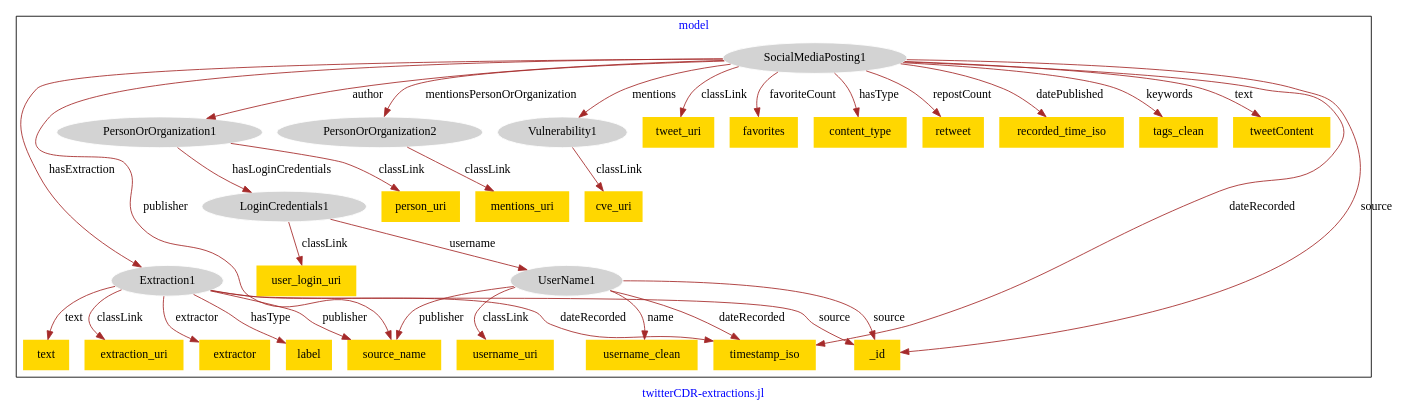
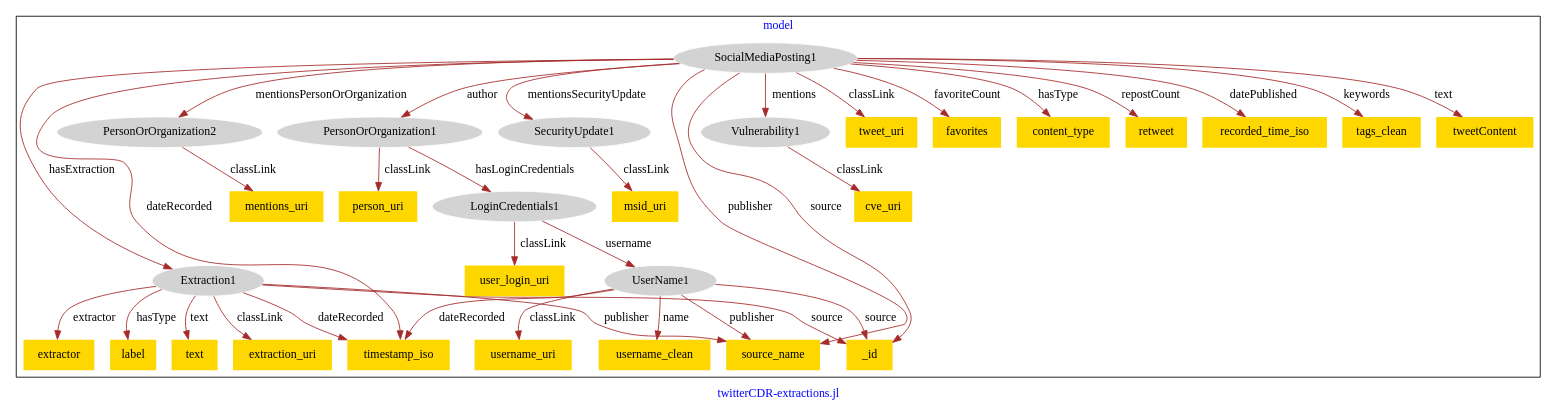
The diagram in models/asu-twitter/twitter-model.dot (usc-isi-i2/effect-alignment), drawn with Graphviz before and after one commit.

Commit message:
Update file twitter-model.dot

```diff
--- a/models/asu-twitter/twitter-model.dot
+++ b/models/asu-twitter/twitter-model.dot
@@ -1,67 +1,71 @@
 digraph n0 {
 fontcolor="blue"
 remincross="true"
 label="twitterCDR-extractions.jl"
 subgraph cluster {
 label="model"
 n2[style="filled",color="white",fillcolor="lightgray",label="Extraction1"];
 n3[shape="plaintext",style="filled",fillcolor="gold",label="extraction_uri"];
 n4[shape="plaintext",style="filled",fillcolor="gold",label="extractor"];
 n5[shape="plaintext",style="filled",fillcolor="gold",label="label"];
-n6[shape="plaintext",style="filled",fillcolor="gold",label="source_name"];
-n7[shape="plaintext",style="filled",fillcolor="gold",label="text"];
-n8[style="filled",color="white",fillcolor="lightgray",label="LoginCredentials1"];
-n9[shape="plaintext",style="filled",fillcolor="gold",label="user_login_uri"];
-n10[style="filled",color="white",fillcolor="lightgray",label="UserName1"];
-n11[style="filled",color="white",fillcolor="lightgray",label="PersonOrOrganization1"];
-n12[shape="plaintext",style="filled",fillcolor="gold",label="person_uri"];
-n13[style="filled",color="white",fillcolor="lightgray",label="PersonOrOrganization2"];
-n14[shape="plaintext",style="filled",fillcolor="gold",label="mentions_uri"];
-n15[shape="plaintext",style="filled",fillcolor="gold",label="username_uri"];
-n16[shape="plaintext",style="filled",fillcolor="gold",label="username_clean"];
-n17[style="filled",color="white",fillcolor="lightgray",label="Vulnerability1"];
-n18[shape="plaintext",style="filled",fillcolor="gold",label="cve_uri"];
-n19[style="filled",color="white",fillcolor="lightgray",label="SocialMediaPosting1"];
-n20[shape="plaintext",style="filled",fillcolor="gold",label="tweet_uri"];
-n21[shape="plaintext",style="filled",fillcolor="gold",label="favorites"];
-n22[shape="plaintext",style="filled",fillcolor="gold",label="content_type"];
-n23[shape="plaintext",style="filled",fillcolor="gold",label="retweet"];
-n24[shape="plaintext",style="filled",fillcolor="gold",label="recorded_time_iso"];
-n25[shape="plaintext",style="filled",fillcolor="gold",label="tags_clean"];
-n26[shape="plaintext",style="filled",fillcolor="gold",label="tweetContent"];
-n27[shape="plaintext",style="filled",fillcolor="gold",label="timestamp_iso"];
-n28[shape="plaintext",style="filled",fillcolor="gold",label="_id"];
+n6[shape="plaintext",style="filled",fillcolor="gold",label="text"];
+n7[style="filled",color="white",fillcolor="lightgray",label="LoginCredentials1"];
+n8[shape="plaintext",style="filled",fillcolor="gold",label="user_login_uri"];
+n9[style="filled",color="white",fillcolor="lightgray",label="UserName1"];
+n10[style="filled",color="white",fillcolor="lightgray",label="PersonOrOrganization1"];
+n11[shape="plaintext",style="filled",fillcolor="gold",label="person_uri"];
+n12[style="filled",color="white",fillcolor="lightgray",label="PersonOrOrganization2"];
+n13[shape="plaintext",style="filled",fillcolor="gold",label="mentions_uri"];
+n14[style="filled",color="white",fillcolor="lightgray",label="SecurityUpdate1"];
+n15[shape="plaintext",style="filled",fillcolor="gold",label="msid_uri"];
+n16[shape="plaintext",style="filled",fillcolor="gold",label="username_uri"];
+n17[shape="plaintext",style="filled",fillcolor="gold",label="timestamp_iso"];
+n18[shape="plaintext",style="filled",fillcolor="gold",label="username_clean"];
+n19[shape="plaintext",style="filled",fillcolor="gold",label="source_name"];
+n20[shape="plaintext",style="filled",fillcolor="gold",label="_id"];
+n21[style="filled",color="white",fillcolor="lightgray",label="Vulnerability1"];
+n22[shape="plaintext",style="filled",fillcolor="gold",label="cve_uri"];
+n23[style="filled",color="white",fillcolor="lightgray",label="SocialMediaPosting1"];
+n24[shape="plaintext",style="filled",fillcolor="gold",label="tweet_uri"];
+n25[shape="plaintext",style="filled",fillcolor="gold",label="favorites"];
+n26[shape="plaintext",style="filled",fillcolor="gold",label="content_type"];
+n27[shape="plaintext",style="filled",fillcolor="gold",label="retweet"];
+n28[shape="plaintext",style="filled",fillcolor="gold",label="recorded_time_iso"];
+n29[shape="plaintext",style="filled",fillcolor="gold",label="tags_clean"];
+n30[shape="plaintext",style="filled",fillcolor="gold",label="tweetContent"];
 }
 n2 -> n3[color="brown",fontcolor="black",label="classLink"]
 n2 -> n4[color="brown",fontcolor="black",label="extractor"]
 n2 -> n5[color="brown",fontcolor="black",label="hasType"]
-n2 -> n6[color="brown",fontcolor="black",label="publisher"]
-n2 -> n7[color="brown",fontcolor="black",label="text"]
-n8 -> n9[color="brown",fontcolor="black",label="classLink"]
-n8 -> n10[color="brown",fontcolor="black",label="username"]
-n11 -> n12[color="brown",fontcolor="black",label="classLink"]
-n11 -> n8[color="brown",fontcolor="black",label="hasLoginCredentials"]
-n13 -> n14[color="brown",fontcolor="black",label="classLink"]
-n10 -> n15[color="brown",fontcolor="black",label="classLink"]
-n10 -> n16[color="brown",fontcolor="black",label="name"]
-n17 -> n18[color="brown",fontcolor="black",label="classLink"]
-n19 -> n20[color="brown",fontcolor="black",label="classLink"]
-n19 -> n21[color="brown",fontcolor="black",label="favoriteCount"]
-n19 -> n22[color="brown",fontcolor="black",label="hasType"]
-n19 -> n23[color="brown",fontcolor="black",label="repostCount"]
-n19 -> n11[color="brown",fontcolor="black",label="author"]
-n19 -> n24[color="brown",fontcolor="black",label="datePublished"]
-n19 -> n25[color="brown",fontcolor="black",label="keywords"]
-n19 -> n26[color="brown",fontcolor="black",label="text"]
-n2 -> n27[color="brown",fontcolor="black",label="dateRecorded"]
-n19 -> n6[color="brown",fontcolor="black",label="publisher"]
-n10 -> n28[color="brown",fontcolor="black",label="source"]
-n10 -> n27[color="brown",fontcolor="black",label="dateRecorded"]
-n19 -> n17[color="brown",fontcolor="black",label="mentions"]
-n2 -> n28[color="brown",fontcolor="black",label="source"]
-n10 -> n6[color="brown",fontcolor="black",label="publisher"]
-n19 -> n2[color="brown",fontcolor="black",label="hasExtraction"]
-n19 -> n13[color="brown",fontcolor="black",label="mentionsPersonOrOrganization"]
-n19 -> n28[color="brown",fontcolor="black",label="source"]
-n19 -> n27[color="brown",fontcolor="black",label="dateRecorded"]
+n2 -> n6[color="brown",fontcolor="black",label="text"]
+n7 -> n8[color="brown",fontcolor="black",label="classLink"]
+n7 -> n9[color="brown",fontcolor="black",label="username"]
+n10 -> n11[color="brown",fontcolor="black",label="classLink"]
+n12 -> n13[color="brown",fontcolor="black",label="classLink"]
+n14 -> n15[color="brown",fontcolor="black",label="classLink"]
+n9 -> n16[color="brown",fontcolor="black",label="classLink"]
+n9 -> n17[color="brown",fontcolor="black",label="dateRecorded"]
+n9 -> n18[color="brown",fontcolor="black",label="name"]
+n9 -> n19[color="brown",fontcolor="black",label="publisher"]
+n9 -> n20[color="brown",fontcolor="black",label="source"]
+n21 -> n22[color="brown",fontcolor="black",label="classLink"]
+n23 -> n24[color="brown",fontcolor="black",label="classLink"]
+n23 -> n25[color="brown",fontcolor="black",label="favoriteCount"]
+n23 -> n2[color="brown",fontcolor="black",label="hasExtraction"]
+n23 -> n26[color="brown",fontcolor="black",label="hasType"]
+n23 -> n12[color="brown",fontcolor="black",label="mentionsPersonOrOrganization"]
+n23 -> n14[color="brown",fontcolor="black",label="mentionsSecurityUpdate"]
+n23 -> n27[color="brown",fontcolor="black",label="repostCount"]
+n23 -> n10[color="brown",fontcolor="black",label="author"]
+n23 -> n28[color="brown",fontcolor="black",label="datePublished"]
+n23 -> n29[color="brown",fontcolor="black",label="keywords"]
+n23 -> n21[color="brown",fontcolor="black",label="mentions"]
+n23 -> n30[color="brown",fontcolor="black",label="text"]
+n10 -> n7[color="brown",fontcolor="black",label="hasLoginCredentials"]
+n2 -> n20[color="brown",fontcolor="black",label="source"]
+n23 -> n19[color="brown",fontcolor="black",label="publisher"]
+n2 -> n19[color="brown",fontcolor="black",label="publisher"]
+n23 -> n17[color="brown",fontcolor="black",label="dateRecorded"]
+n2 -> n17[color="brown",fontcolor="black",label="dateRecorded"]
+n23 -> n20[color="brown",fontcolor="black",label="source"]
 }
```
